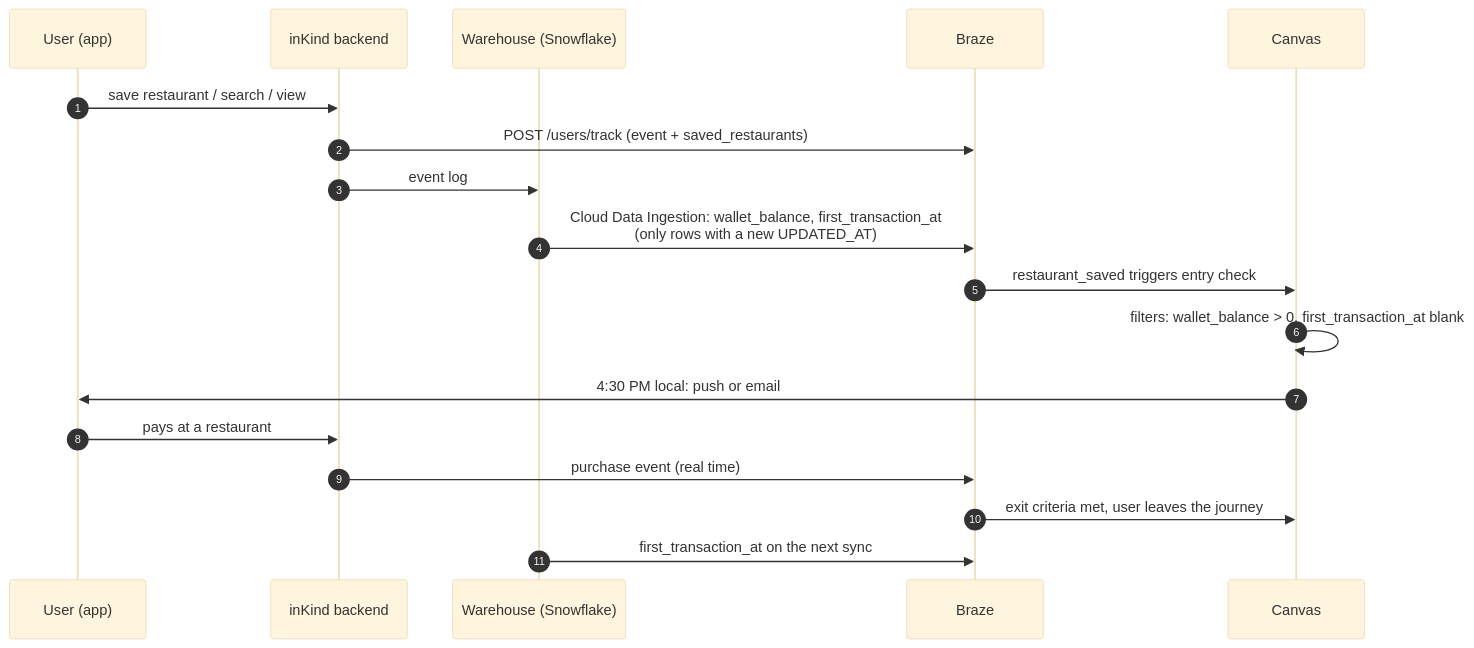
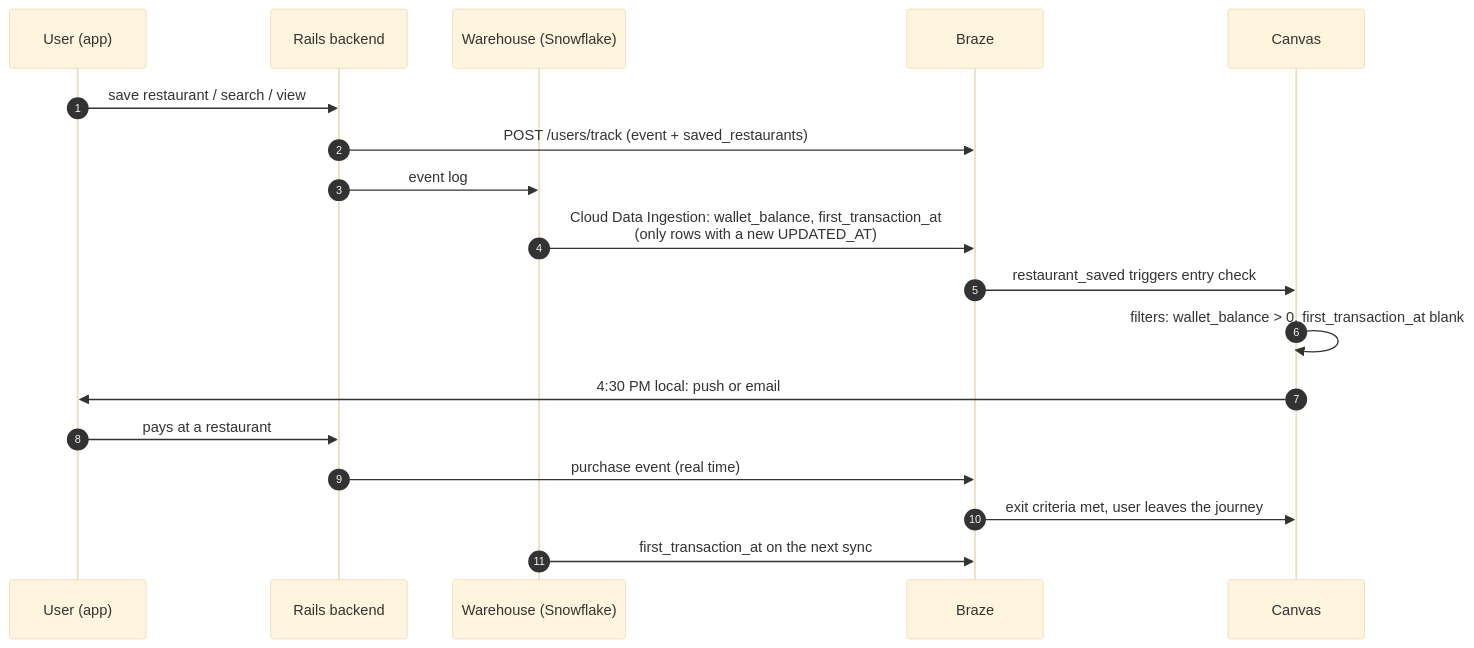
The diagram in 01-data-contract.md (arndvs/inkind-first-credit-journey), drawn with Mermaid (base theme) before and after one commit. The commit also changed other lines of this file and 4 other files, not shown here.

````diff
--- a/01-data-contract.md
+++ b/01-data-contract.md
@@ -34,21 +35,21 @@
 ```mermaid
 sequenceDiagram
     autonumber
     participant U as User (app)
-    participant BE as inKind backend
+    participant BE as Rails backend
     participant DW as Warehouse (Snowflake)
     participant BZ as Braze
     participant C as Canvas
 
     U->>BE: save restaurant / search / view
     BE->>BZ: POST /users/track (event + saved_restaurants)
     BE->>DW: event log
     DW->>BZ: Cloud Data Ingestion: wallet_balance, first_transaction_at<br/>(only rows with a new UPDATED_AT)
     BZ->>C: restaurant_saved triggers entry check
     C->>C: filters: wallet_balance > 0, first_transaction_at blank
     C->>U: 4:30 PM local: push or email
     U->>BE: pays at a restaurant
     BE->>BZ: purchase event (real time)
     BZ->>C: exit criteria met, user leaves the journey
     DW->>BZ: first_transaction_at on the next sync
 ```
````
